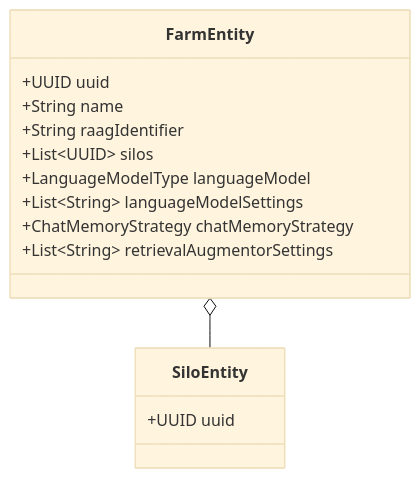
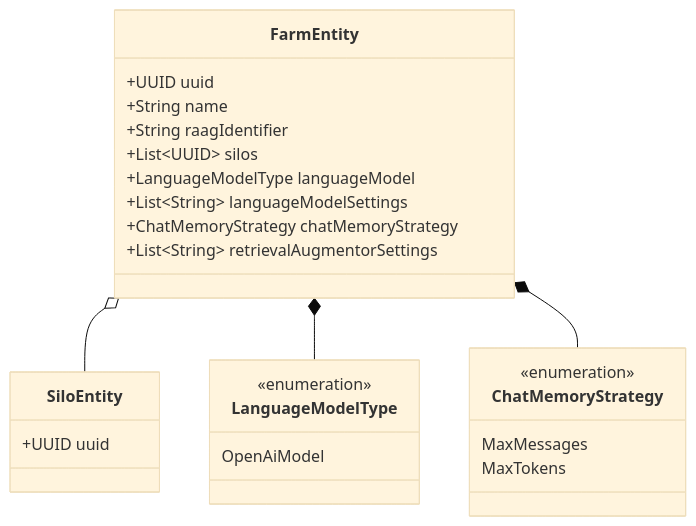
The second of 4 diagrams in docs/about-dragon/glossary/whats-a-farm.md (dRAGon-Okinawa/docs), drawn with Mermaid (base theme) before and after one commit. The commit also changed other lines of this file, not shown here.

````diff
--- a/docs/about-dragon/glossary/whats-a-farm.md
+++ b/docs/about-dragon/glossary/whats-a-farm.md
@@ -35,17 +37,29 @@
 ```mermaid
 classDiagram
 class FarmEntity {
   +UUID uuid
   +String name
   +String raagIdentifier
   +List~UUID~ silos
   +LanguageModelType languageModel
   +List~String~ languageModelSettings
   +ChatMemoryStrategy chatMemoryStrategy
   +List~String~ retrievalAugmentorSettings
 }
 class SiloEntity {
   +UUID uuid
 }
+click SiloEntity href "/about-dragon/glossary/whats-a-silo" "What's a Silo?"
 FarmEntity o-- SiloEntity
+class LanguageModelType {
+    <<enumeration>>
+    OpenAiModel
+}
+FarmEntity *-- LanguageModelType
+class ChatMemoryStrategy {
+    <<enumeration>>
+    MaxMessages
+    MaxTokens
+}
+FarmEntity *-- ChatMemoryStrategy
 ```
````
